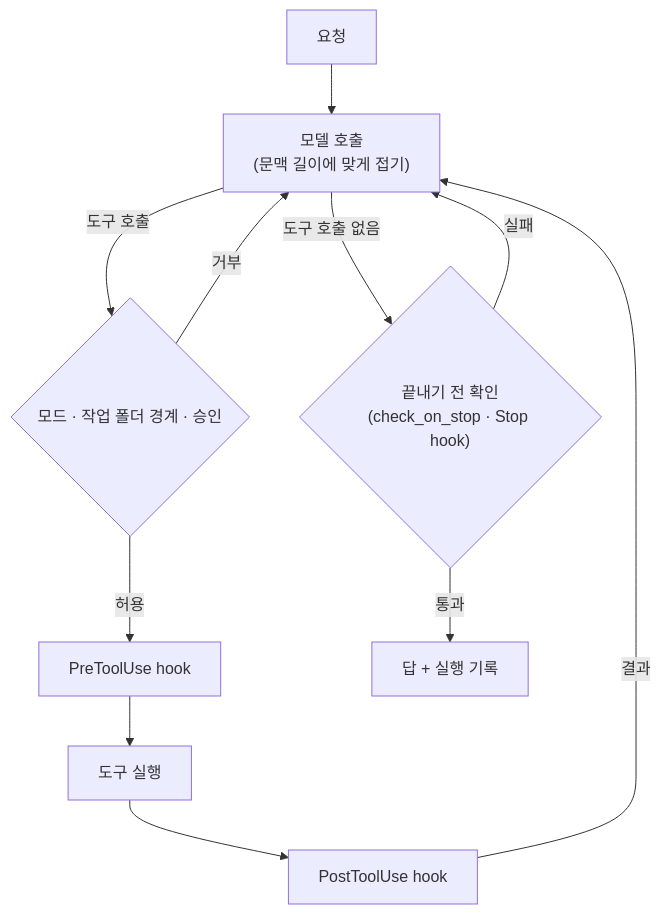
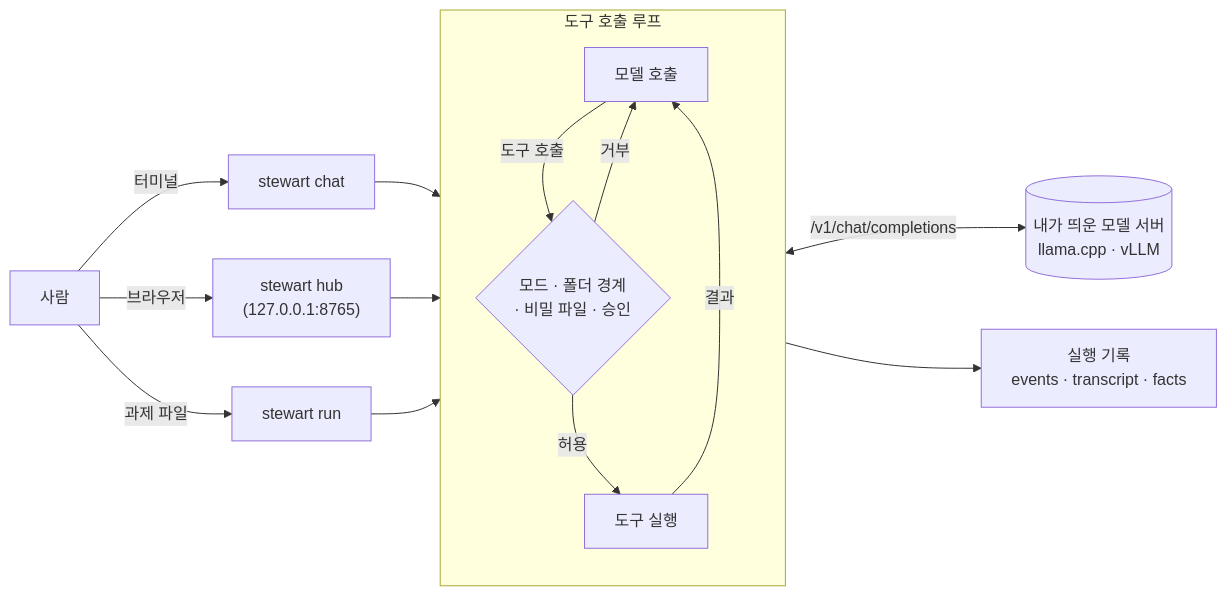
Before and after one commit to midopa-dept/stewart: the diagram in README.md, drawn with Mermaid. The commit also changed other lines of this file and 33 other files, not shown here.

First line of the commit message:
stewart: doc_search, web tools in chat and hub, copy buttons, new README

````diff
--- a/README.md
+++ b/README.md
@@ -19,13 +17,18 @@
 ```mermaid
-flowchart TD
-    A["요청"] --> B["모델 호출<br/>(문맥 길이에 맞게 접기)"]
-    B -->|도구 호출| C{"모드 · 작업 폴더 경계 · 승인"}
-    C -->|거부| B
-    C -->|허용| D["PreToolUse hook"]
-    D --> E["도구 실행"]
-    E --> F["PostToolUse hook"]
-    F -->|결과| B
-    B -->|도구 호출 없음| G{"끝내기 전 확인<br/>(check_on_stop · Stop hook)"}
-    G -->|실패| B
-    G -->|통과| H["답 + 실행 기록"]
+flowchart LR
+    U["사람"] -->|터미널| C["stewart chat"]
+    U -->|브라우저| H["stewart hub<br/>(127.0.0.1:8765)"]
+    U -->|과제 파일| R["stewart run"]
+    C --> L
+    H --> L
+    R --> L
+    subgraph L["도구 호출 루프"]
+        direction TB
+        M["모델 호출"] -->|도구 호출| G{"모드 · 폴더 경계<br/>· 비밀 파일 · 승인"}
+        G -->|허용| T["도구 실행"]
+        T -->|결과| M
+        G -->|거부| M
+    end
+    M <-->|"/v1/chat/completions"| S[("내가 띄운 모델 서버<br/>llama.cpp · vLLM")]
+    L --> K["실행 기록<br/>events · transcript · facts"]
 ```
````
